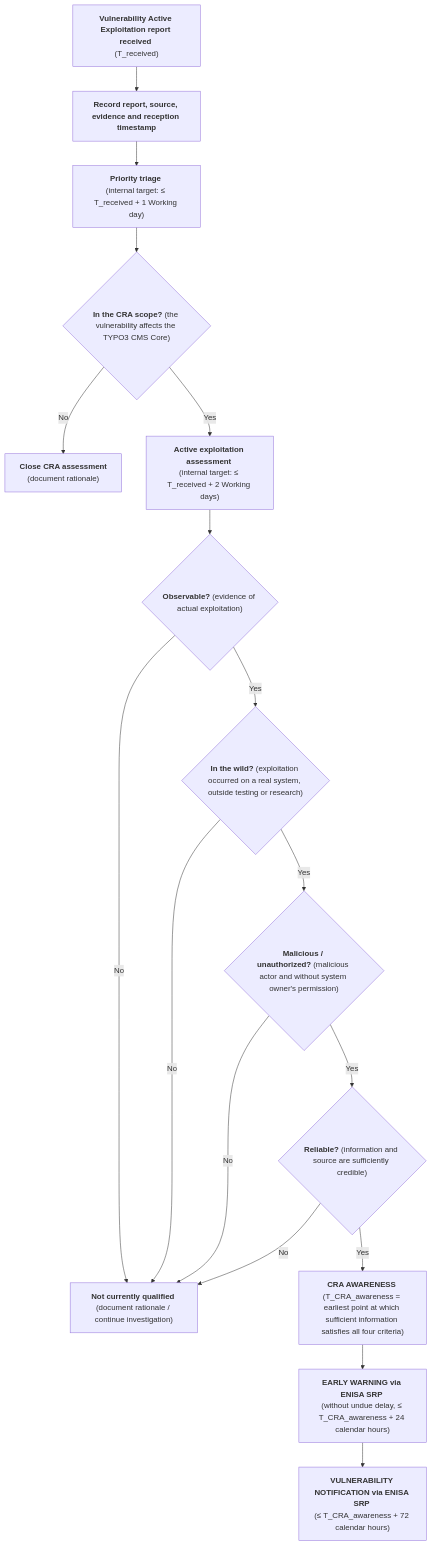
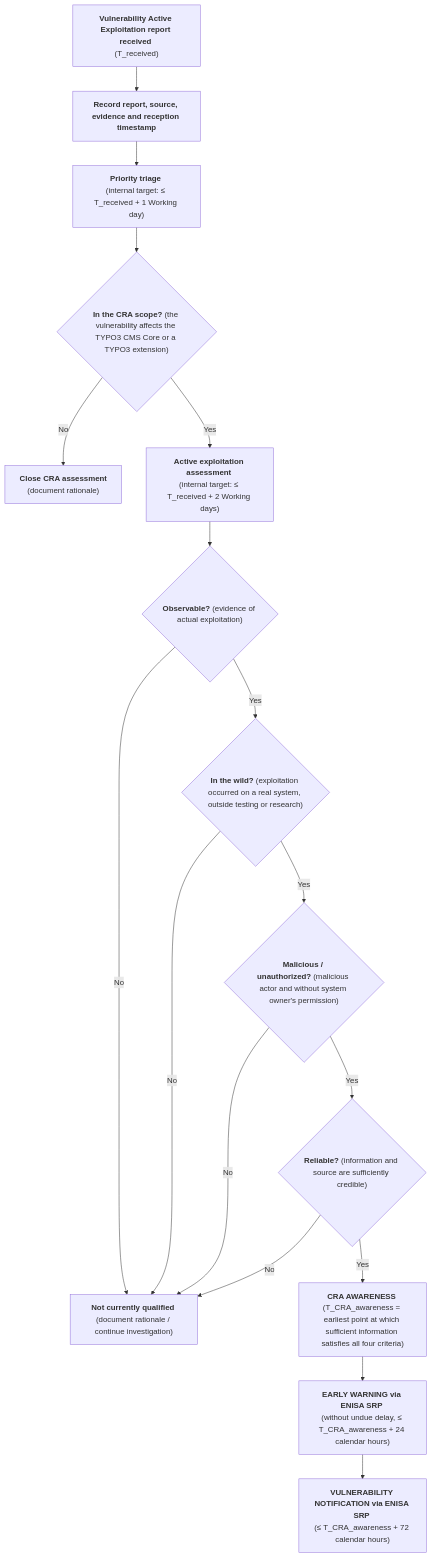
Before and after one commit to rfoucard/cra-fast-track: the diagram in templates/actively-exploited-vulnerability-process.md, drawn with Mermaid.

````diff
--- a/templates/actively-exploited-vulnerability-process.md
+++ b/templates/actively-exploited-vulnerability-process.md
@@ -15,31 +15,31 @@
 ```mermaid
 flowchart TD
 
     A["<strong>Vulnerability Active Exploitation report received</strong> \n(T_received)"] --> B["<strong>Record report, source, evidence and reception timestamp</strong>"]
 
     B --> C["<strong>Priority triage</strong> \n(internal target: ≤ T_received + 1 Working day)"]
 
-    C --> D{"<strong>In the CRA scope?</strong> (the vulnerability affects the TYPO3 CMS Core)"}
+    C --> D{"<strong>In the CRA scope?</strong> (the vulnerability affects the TYPO3 CMS Core or a TYPO3 extension)"}
 
     D -- "No" --> X["<strong>Close CRA assessment</strong> \n(document rationale)"]
 
     D -- "Yes" --> E["<strong>Active exploitation assessment</strong> \n(internal target: ≤ T_received + 2 Working days)"]
 
     E --> F{"<strong>Observable?</strong> (evidence of actual exploitation)"}
 
     F -- "No" --> Y["<strong>Not currently qualified</strong> (document rationale / continue investigation)"]
     F -- "Yes" --> G{"<strong>In the wild?</strong> (exploitation occurred on a real system, outside testing or research)"}
 
     G -- "No" --> Y
     G -- "Yes" --> H{"<strong>Malicious / unauthorized?</strong> (malicious actor and without system owner's permission)"}
 
     H -- "No" --> Y
     H -- "Yes" --> I{"<strong>Reliable?</strong> (information and source are sufficiently credible)"}
 
     I -- "No" --> Y
     I -- "Yes" --> L["<strong>CRA AWARENESS</strong> \n(T_CRA_awareness = earliest point at which sufficient information satisfies all four criteria)"]
 
     L --> M["<strong>EARLY WARNING via ENISA SRP</strong> \n(without undue delay, ≤ T_CRA_awareness + 24 calendar hours)"]
 
     M --> N["<strong>VULNERABILITY NOTIFICATION via ENISA SRP</strong> \n(≤ T_CRA_awareness + 72 calendar hours)"]
 ```
````
